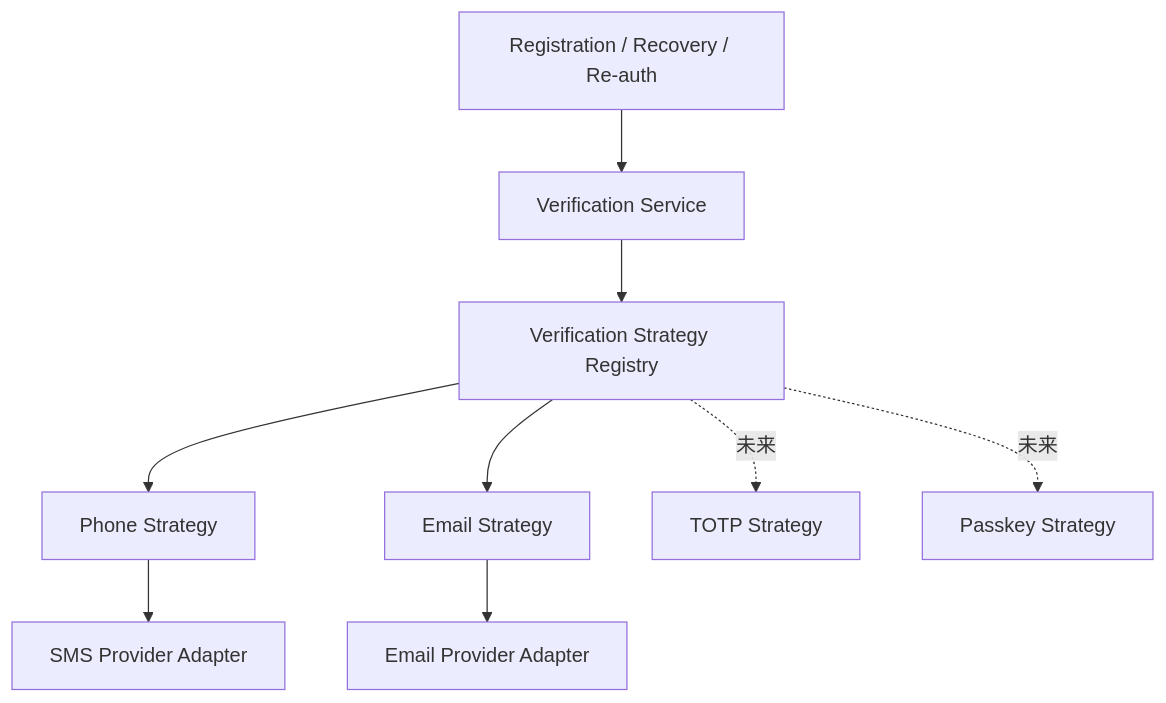
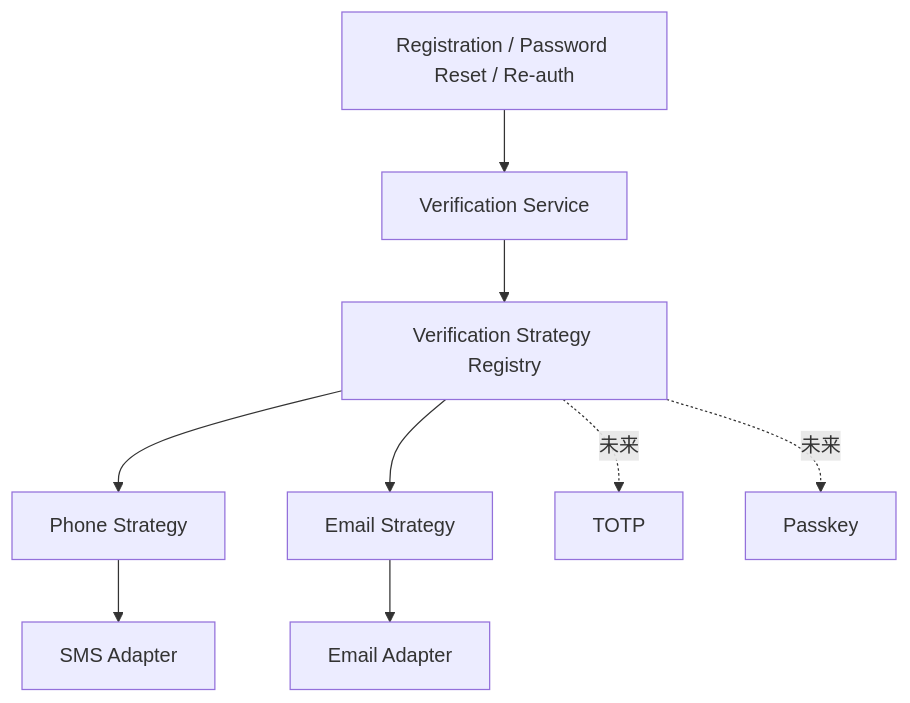
One commit to sxyq/mastergoods changed the diagram in docs/system-design/01-账户与身份/05-验证方式与安全策略.md. Above: the diagram before and after it, drawn with Mermaid. The commit also changed other lines of this file and 7 other files, not shown here.

Commit message:
docs(identity): refine password reset and staff account boundaries

````diff
--- a/docs/system-design/01-账户与身份/05-验证方式与安全策略.md
+++ b/docs/system-design/01-账户与身份/05-验证方式与安全策略.md
@@ -17,14 +16,14 @@
 ```mermaid
 flowchart TD
-    APP[Registration / Recovery / Re-auth]
+    APP[Registration / Password Reset / Re-auth]
     APP --> VERIFY[Verification Service]
     VERIFY --> REGISTRY[Verification Strategy Registry]
 
     REGISTRY --> PHONE[Phone Strategy]
     REGISTRY --> EMAIL[Email Strategy]
-    REGISTRY -.未来.-> TOTP[TOTP Strategy]
-    REGISTRY -.未来.-> PASSKEY[Passkey Strategy]
+    REGISTRY -.未来.-> TOTP[TOTP]
+    REGISTRY -.未来.-> PASSKEY[Passkey]
 
-    PHONE --> SMS[SMS Provider Adapter]
-    EMAIL --> MAIL[Email Provider Adapter]
+    PHONE --> SMS[SMS Adapter]
+    EMAIL --> MAIL[Email Adapter]
 ```
````
